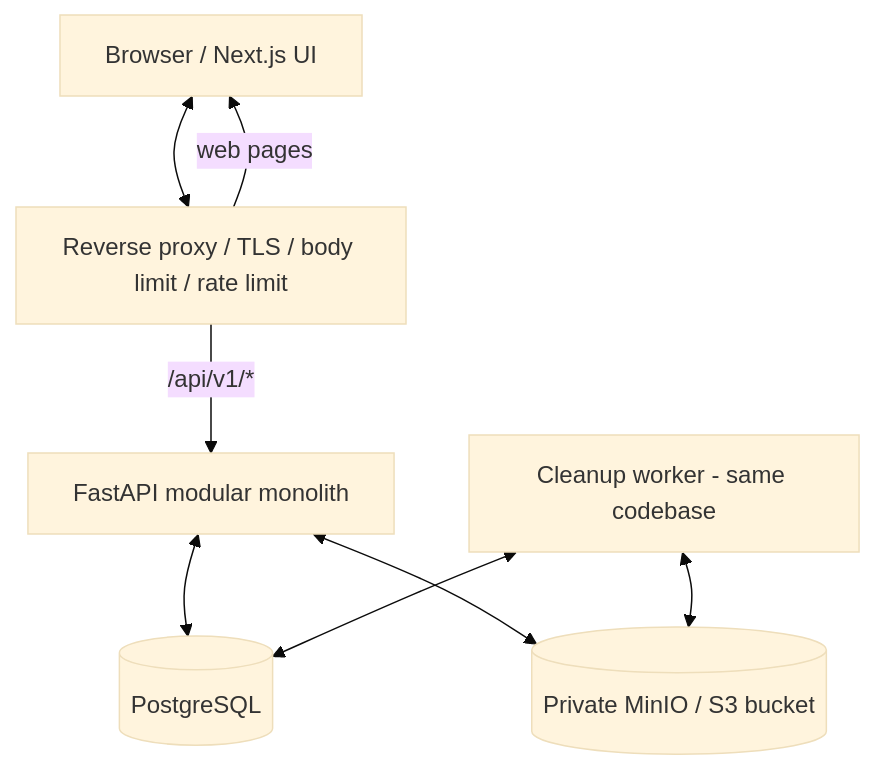
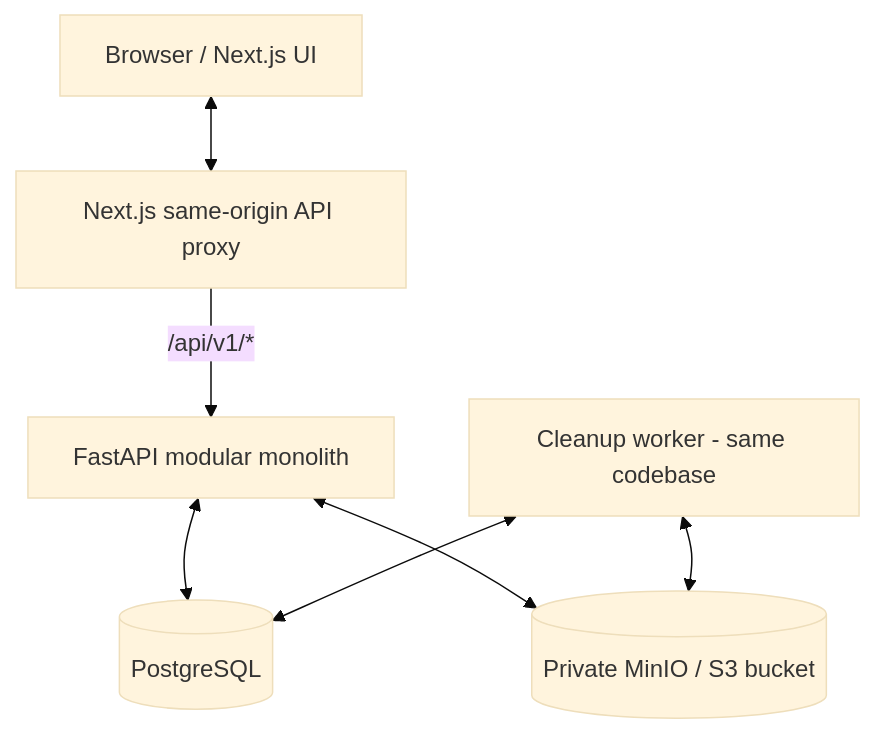
One commit to alastrm/Sendrift changed the first of 2 diagrams in ARCHITECTURE.md. Above: the diagram before and after it, drawn with Mermaid (base theme). The commit also changed other lines of this file and 11 other files, not shown here.

````diff
--- a/ARCHITECTURE.md
+++ b/ARCHITECTURE.md
@@ -15,17 +17,16 @@
 ```mermaid
 flowchart TD
   B[Browser / Next.js UI]
-  P[Reverse proxy / TLS / body limit / rate limit]
+  P[Next.js same-origin API proxy]
   A[FastAPI modular monolith]
   D[(PostgreSQL)]
   S[(Private MinIO / S3 bucket)]
   W[Cleanup worker - same codebase]
 
   B <--> P
   P -->|/api/v1/*| A
-  P -->|web pages| B
   A <--> D
   A <--> S
   W <--> D
   W <--> S
 ```
````
